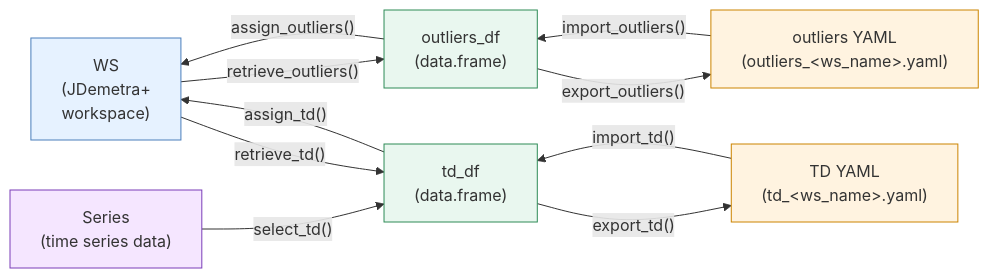
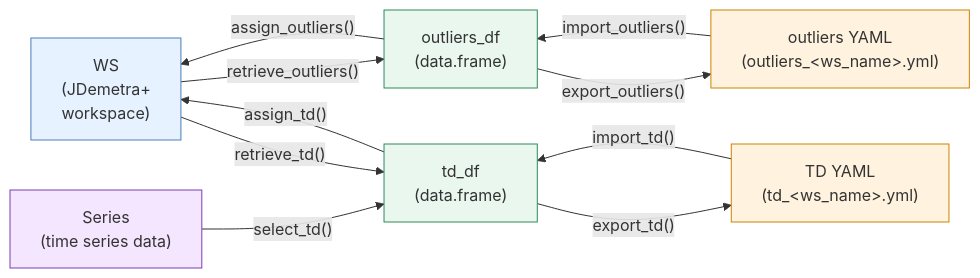
The first of 2 diagrams in index.md (TanguyBarthelemy/rjd3production), drawn with Mermaid before and after one commit. The commit also changed other lines of this file and 16 other files, not shown here.

````diff
--- a/index.md
+++ b/index.md
@@ -36,35 +36,35 @@
 ``` mermaid
 
 flowchart LR
     %% Objects
     WS["WS<br/>(JDemetra+<br/>workspace)"]
     DF_OUT["outliers_df<br/>(data.frame)"]
     DF_TD["td_df<br/>(data.frame)"]
-    YAML_OUT["outliers YAML<br/>(outliers_&lt;ws_name&gt;.yaml)"]
-    YAML_TD["TD YAML<br/>(td_&lt;ws_name&gt;.yaml)"]
+    YAML_OUT["outliers YAML<br/>(outliers_&lt;ws_name&gt;.yml)"]
+    YAML_TD["TD YAML<br/>(td_&lt;ws_name&gt;.yml)"]
     SERIES["Series<br/>(time series data)"]
 
     %% Outliers workflow
     DF_OUT -->|"assign_outliers()"| WS
     WS -->|"retrieve_outliers()"| DF_OUT
     DF_OUT -->|"export_outliers()"| YAML_OUT
     YAML_OUT -->|"import_outliers()"| DF_OUT
 
     %% TD workflow
     SERIES -->|"select_td()"| DF_TD
     WS -->|"retrieve_td()"| DF_TD
     DF_TD -->|"export_td()"| YAML_TD
     YAML_TD -->|"import_td()"| DF_TD
     DF_TD -->|"assign_td()"| WS
 
     %% Styles
     classDef ws fill:#e6f2ff,stroke:#4a7ebb,stroke-width:1px;
     classDef df fill:#e9f7ef,stroke:#2e8b57,stroke-width:1px;
     classDef yaml fill:#fff3e0,stroke:#cc8400,stroke-width:1px;
     classDef series fill:#f5e6ff,stroke:#7a3db8,stroke-width:1px;
 
     class WS ws
     class DF_OUT,DF_TD df
     class YAML_OUT,YAML_TD yaml
     class SERIES series
 ```
````
